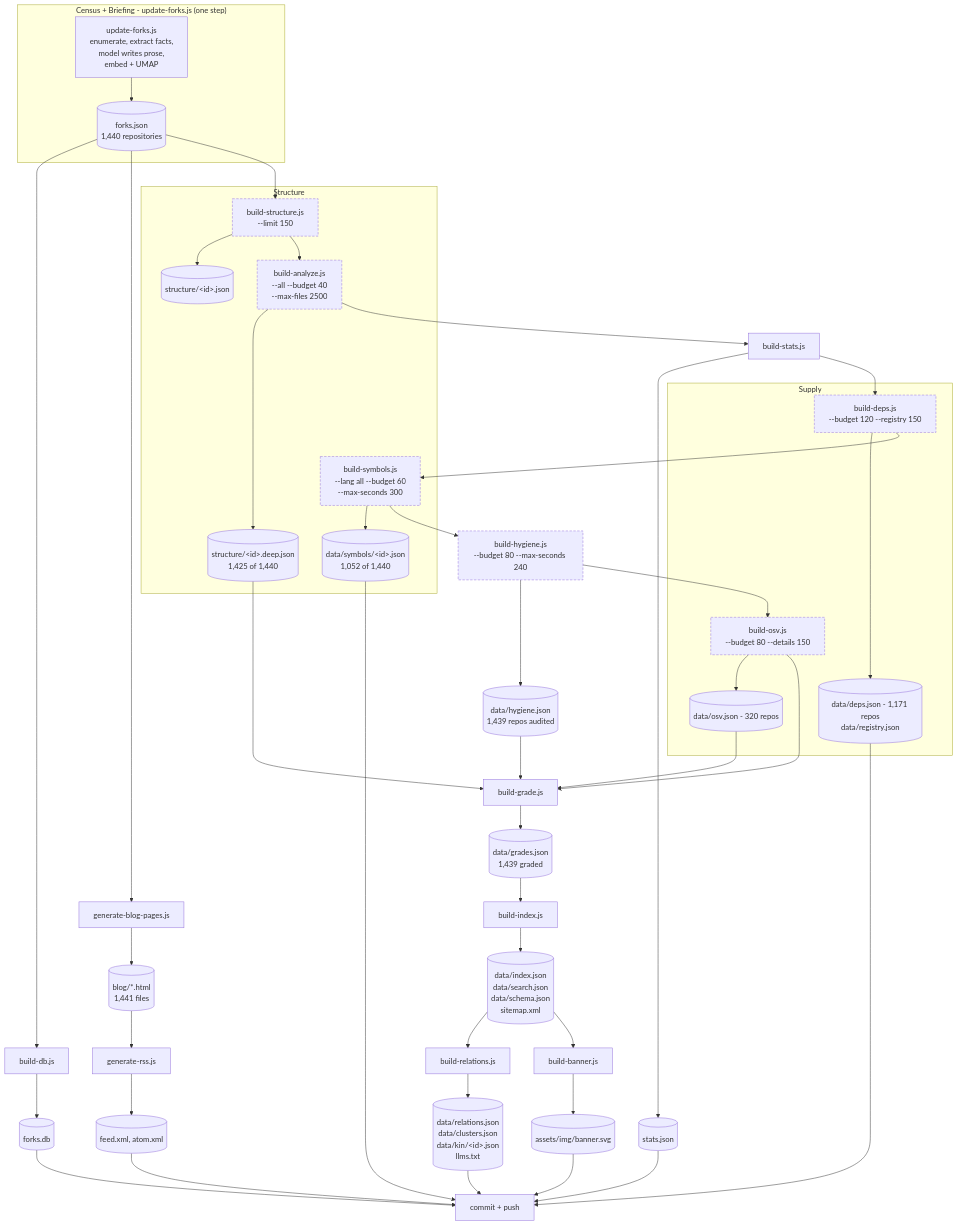
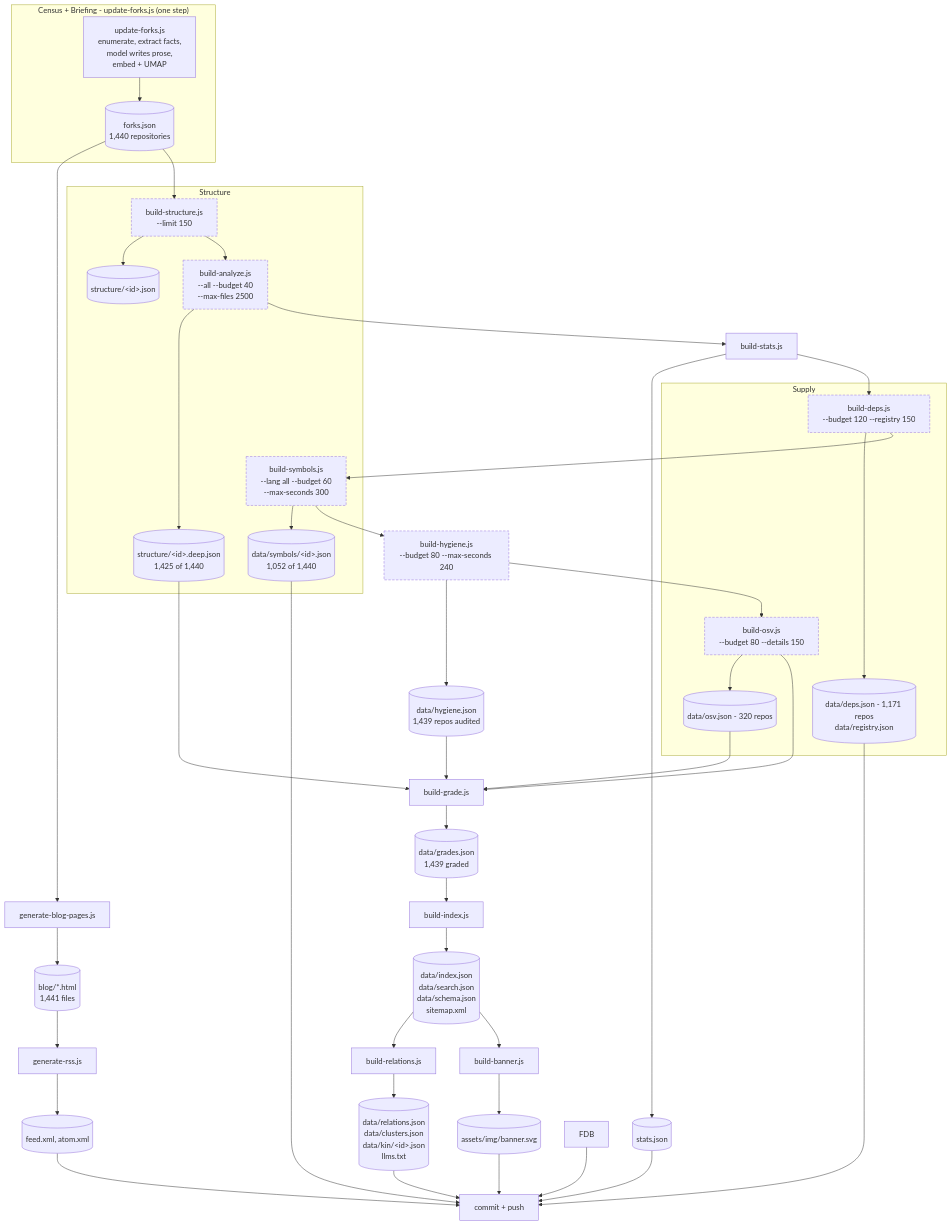
One commit to moses-y/moses-y.github.io changed the diagram in docs/architecture/00-overview.md. Above: the diagram before and after it, drawn with Mermaid. The commit also changed other lines of this file and 12 other files, not shown here.

````diff
--- a/docs/architecture/00-overview.md
+++ b/docs/architecture/00-overview.md
@@ -37,50 +37,49 @@
 ```mermaid
 flowchart TD
     subgraph S1["Census + Briefing - update-forks.js (one step)"]
         UF["update-forks.js<br/>enumerate, extract facts,<br/>model writes prose,<br/>embed + UMAP"]
         FJ[("forks.json<br/>1,440 repositories")]
         UF --> FJ
     end
 
-    FJ --> DB["build-db.js"] --> FDB[("forks.db")]
     FJ --> BP["generate-blog-pages.js"] --> BLOG[("blog/*.html<br/>1,441 files")]
     BLOG --> RSS["generate-rss.js"] --> FEED[("feed.xml, atom.xml")]
 
     subgraph S3["Structure"]
         BS["build-structure.js<br/>--limit 150"] --> ST[("structure/&lt;id&gt;.json")]
         BA["build-analyze.js<br/>--all --budget 40<br/>--max-files 2500"] --> DEEP[("structure/&lt;id&gt;.deep.json<br/>1,425 of 1,440")]
         SY["build-symbols.js<br/>--lang all --budget 60<br/>--max-seconds 300"] --> SYM[("data/symbols/&lt;id&gt;.json<br/>1,052 of 1,440")]
     end
 
     FJ --> BS --> BA --> STATS["build-stats.js"] --> SJ[("stats.json")]
 
     subgraph S4["Supply"]
         BD["build-deps.js<br/>--budget 120 --registry 150"] --> DEPS[("data/deps.json - 1,171 repos<br/>data/registry.json")]
         OSV["build-osv.js<br/>--budget 80 --details 150"] --> OSVJ[("data/osv.json - 320 repos")]
     end
 
     STATS --> BD --> SY --> HY["build-hygiene.js<br/>--budget 80 --max-seconds 240"]
     HY --> HYJ[("data/hygiene.json<br/>1,439 repos audited")]
     HY --> OSV --> GR["build-grade.js"]
     DEEP --> GR
     HYJ --> GR
     OSVJ --> GR
     GR --> GJ[("data/grades.json<br/>1,439 graded")]
 
     GJ --> IDX["build-index.js"]
     IDX --> IDXJ[("data/index.json<br/>data/search.json<br/>data/schema.json<br/>sitemap.xml")]
     IDXJ --> REL["build-relations.js"]
     REL --> RELJ[("data/relations.json<br/>data/clusters.json<br/>data/kin/&lt;id&gt;.json<br/>llms.txt")]
     IDXJ --> BAN["build-banner.js"] --> SVG[("assets/img/banner.svg")]
 
     RELJ --> COMMIT["commit + push"]
     SVG --> COMMIT
     FDB --> COMMIT
     FEED --> COMMIT
     SJ --> COMMIT
     SYM --> COMMIT
     DEPS --> COMMIT
 
     classDef budgeted stroke-dasharray: 5 3
     class BS,BA,BD,SY,HY,OSV budgeted
 ```
````
